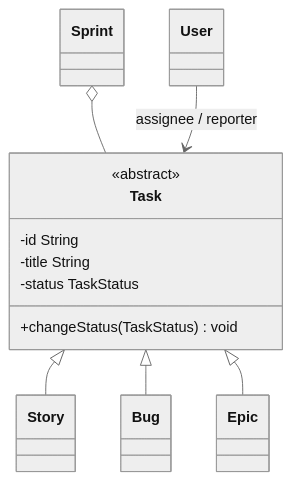
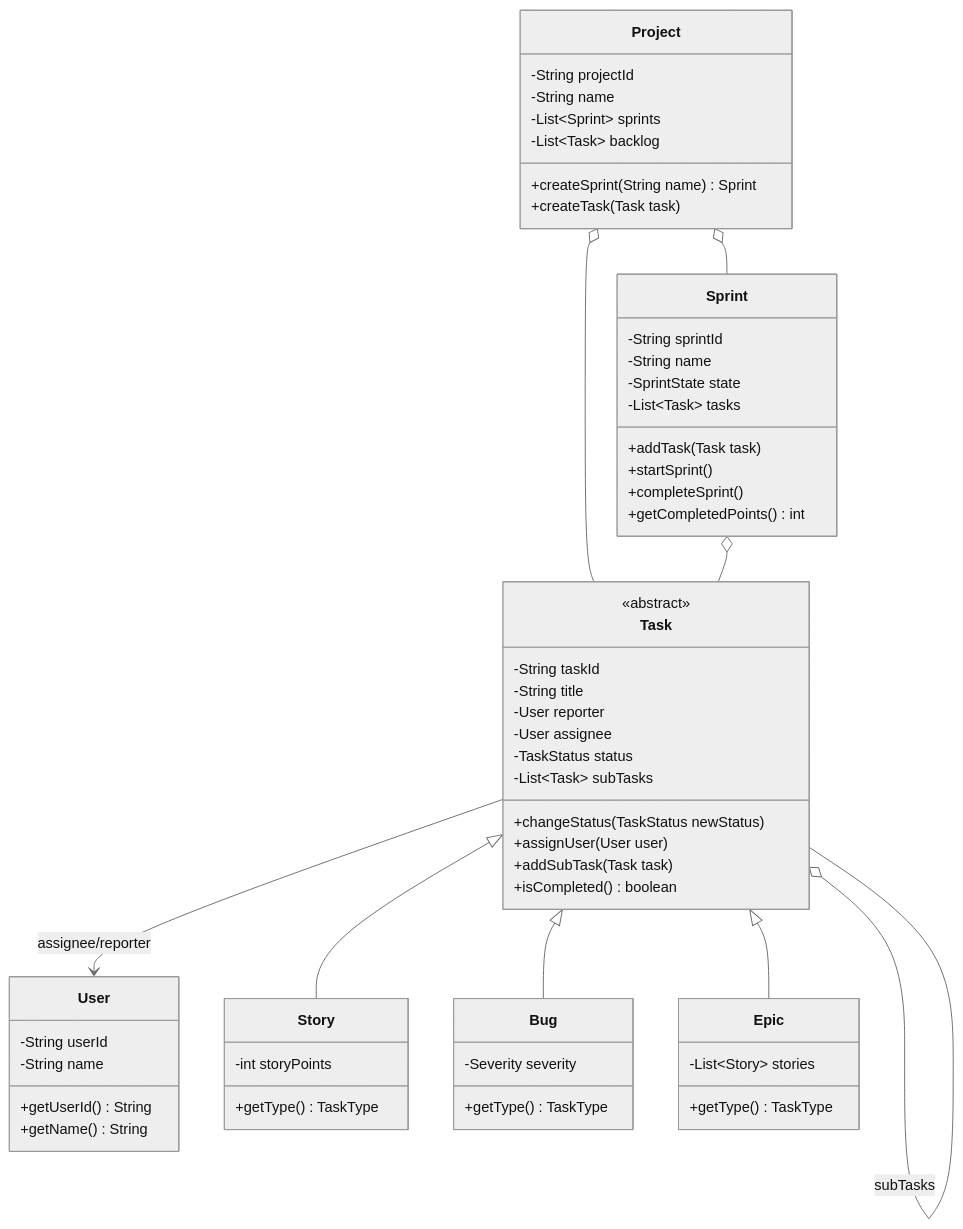
Before and after one commit to gp330841/interview: the first of 2 diagrams in low-level-design/concepts/30-jira-task-planner.md, drawn with Mermaid (neutral theme). The commit also changed other lines of this file and 66 other files, not shown here.

````diff
--- a/low-level-design/concepts/30-jira-task-planner.md
+++ b/low-level-design/concepts/30-jira-task-planner.md
@@ -17,15 +33,66 @@
 ```mermaid
 classDiagram
+    class User {
+        -String userId
+        -String name
+        +getUserId() String
+        +getName() String
+    }
+
+    class Task {
+        <<abstract>>
+        -String taskId
+        -String title
+        -User reporter
+        -User assignee
+        -TaskStatus status
+        -List~Task~ subTasks
+        +changeStatus(TaskStatus newStatus)
+        +assignUser(User user)
+        +addSubTask(Task task)
+        +isCompleted() boolean
+    }
+
+    class Story {
+        -int storyPoints
+        +getType() TaskType
+    }
+    class Bug {
+        -Severity severity
+        +getType() TaskType
+    }
+    class Epic {
+        -List~Story~ stories
+        +getType() TaskType
+    }
+
     Task <|-- Story
     Task <|-- Bug
     Task <|-- Epic
+    Task --> User : assignee/reporter
+    Task o-- Task : subTasks
+
+    class Sprint {
+        -String sprintId
+        -String name
+        -SprintState state
+        -List~Task~ tasks
+        +addTask(Task task)
+        +startSprint()
+        +completeSprint()
+        +getCompletedPoints() int
+    }
+
+    class Project {
+        -String projectId
+        -String name
+        -List~Sprint~ sprints
+        -List~Task~ backlog
+        +createSprint(String name) Sprint
+        +createTask(Task task)
+    }
+
+    Project o-- Sprint
+    Project o-- Task
     Sprint o-- Task
-    User --> Task : assignee / reporter
-    class Task {
-        <<abstract>>
-        -id String
-        -title String
-        -status TaskStatus
-        +changeStatus(TaskStatus) void
-    }
 ```
````
